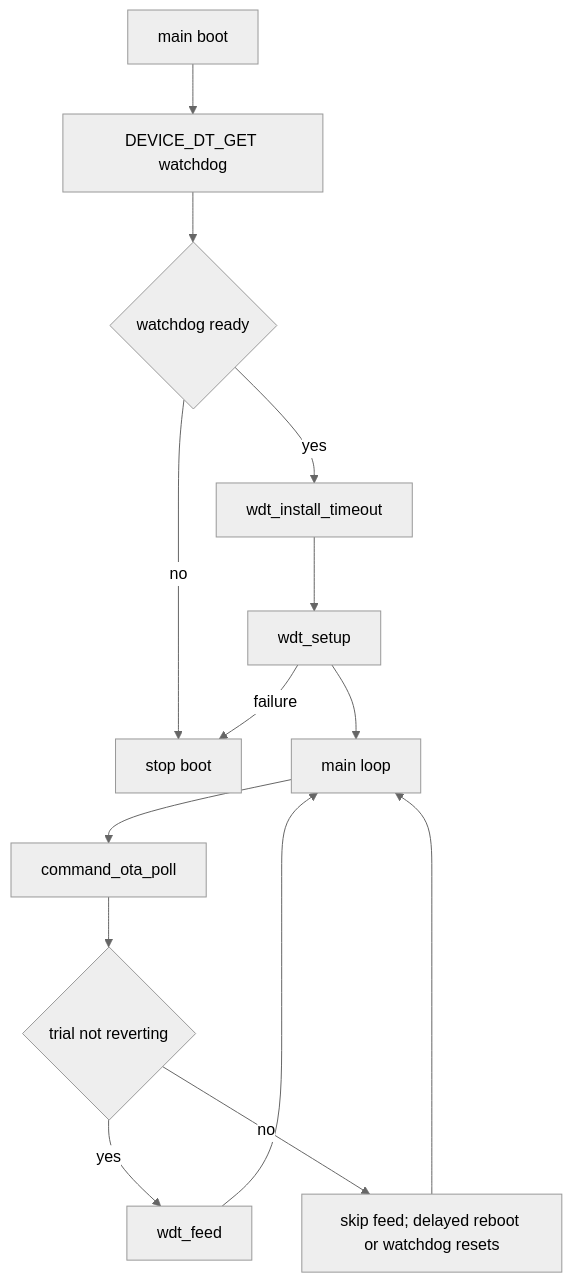
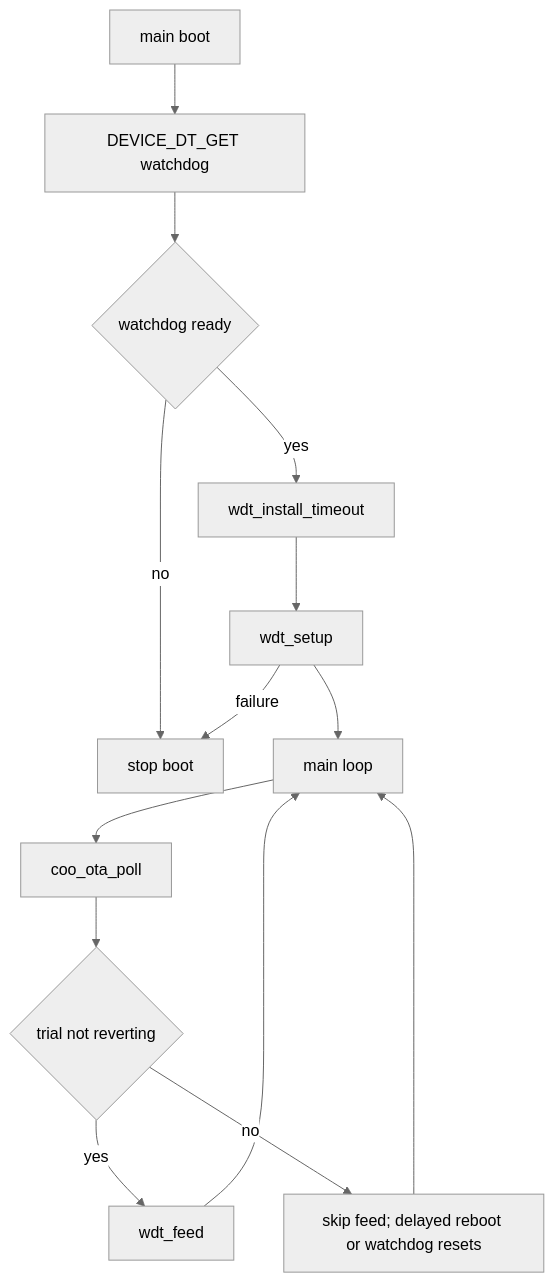
One commit to COO-Utilities/hispec-tib changed diagram 20 of 25 in doc/diagrams.md. Above: the diagram before and after it, drawn with Mermaid (neutral theme). The commit also changed 24 other files, not shown here.

Commit message:
Share OTA lifecycle and enforce command-table permissions

````diff
--- a/doc/diagrams.md
+++ b/doc/diagrams.md
@@ -447,16 +447,16 @@
 ```mermaid
 flowchart TD
   Boot[main boot] --> Lookup[DEVICE_DT_GET watchdog]
   Lookup --> Ready{watchdog ready}
   Ready -- no --> Stop[stop boot]
   Ready -- yes --> Install[wdt_install_timeout]
   Install --> Setup[wdt_setup]
   Setup -- failure --> Stop
   Setup --> Loop[main loop]
-  Loop --> OTA[command_ota_poll]
+  Loop --> OTA[coo_ota_poll]
   OTA --> Allowed{trial not reverting}
   Allowed -- yes --> Feed[wdt_feed]
   Allowed -- no --> Rollback[skip feed; delayed reboot or watchdog resets]
   Feed --> Loop
   Rollback --> Loop
 ```
````
